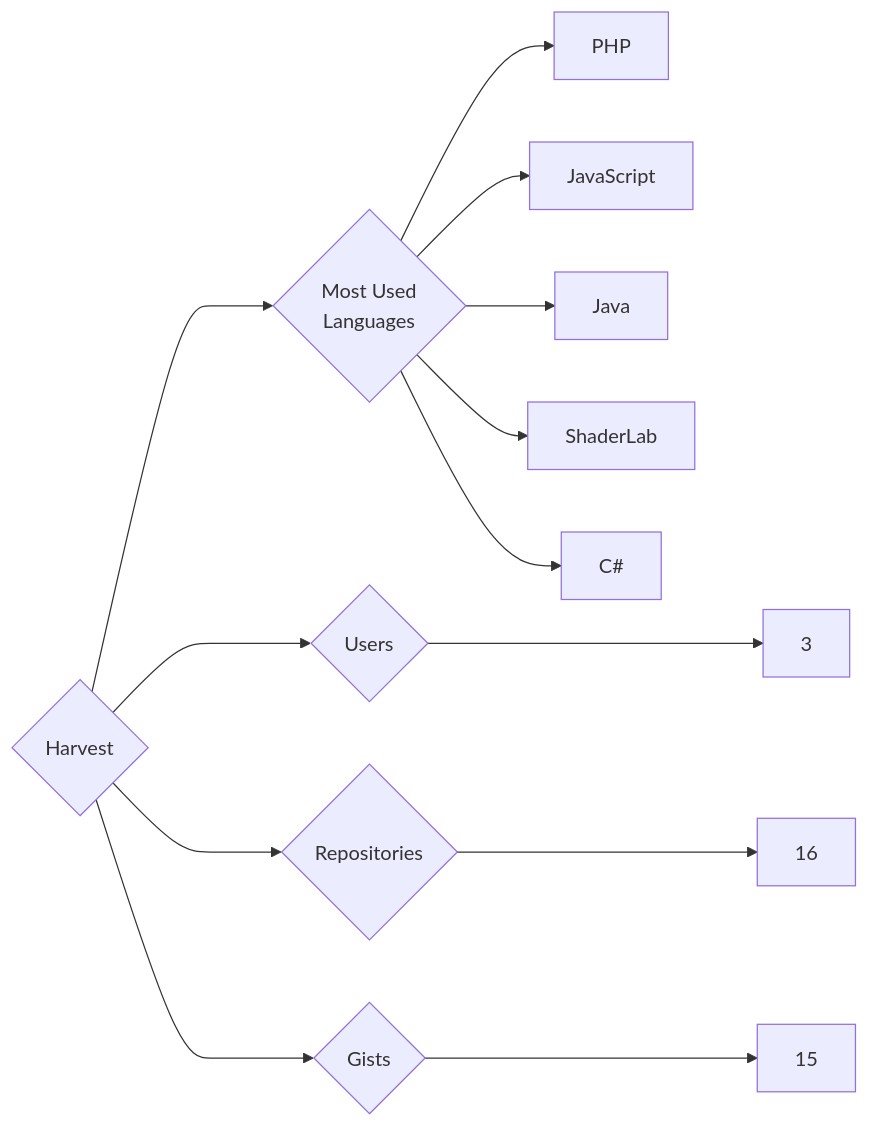
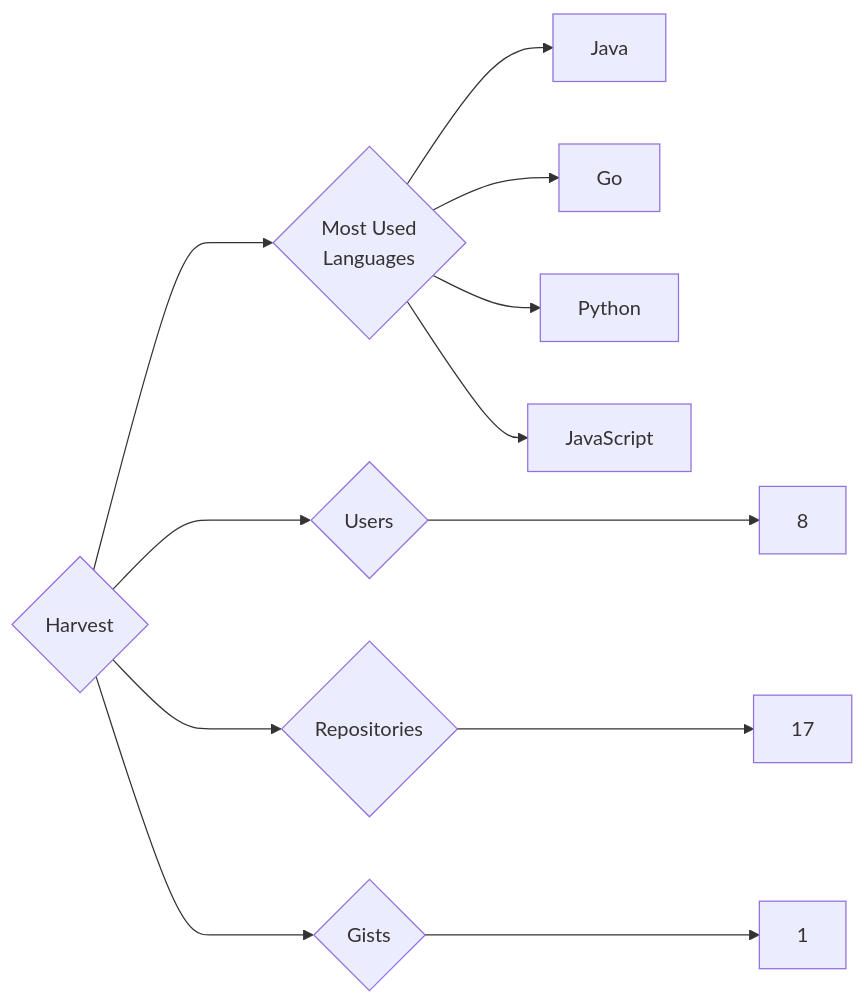
Before and after one commit to trickest/insiders: the diagram in targets/Harvest/README.md, drawn with Mermaid. The commit also changed 845 other files, not shown here.

````diff
--- a/targets/Harvest/README.md
+++ b/targets/Harvest/README.md
@@ -3,13 +3,12 @@
 ```mermaid
 graph LR
 COMPANY_NAME{Harvest}
-COMPANY_NAME ---> U{Users} ---> UN[3]
-COMPANY_NAME ---> R{Repositories} ---> RN[16]
-COMPANY_NAME ---> G{Gists} ---> GN[15]
+COMPANY_NAME ---> U{Users} ---> UN[8]
+COMPANY_NAME ---> R{Repositories} ---> RN[17]
+COMPANY_NAME ---> G{Gists} ---> GN[1]
 COMPANY_NAME ---> ML{Most Used<br>Languages}
-ML --> PHP[PHP]
+ML --> Java[Java]
+ML --> Go[Go]
+ML --> Python[Python]
 ML --> JavaScript[JavaScript]
-ML --> Java[Java]
-ML --> ShaderLab[ShaderLab]
-ML --> C#[C#]
 ```
````
